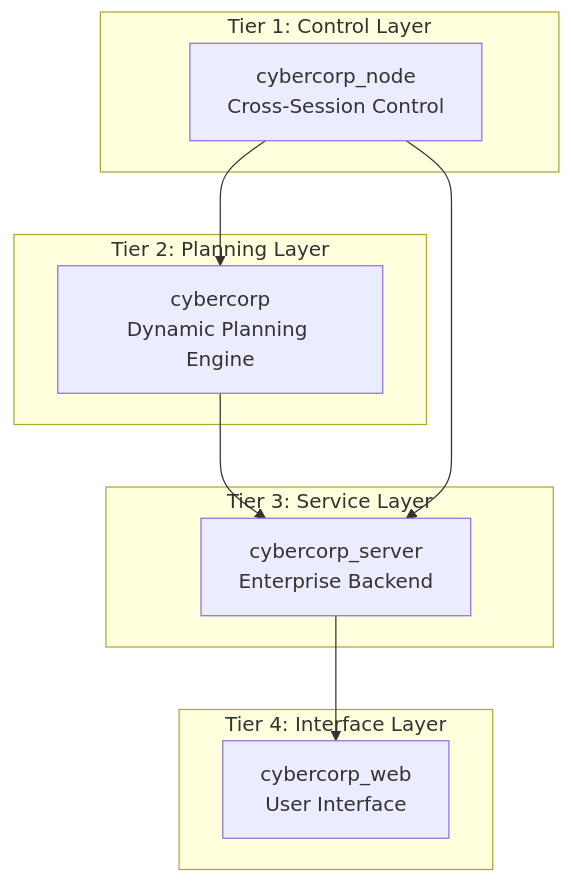
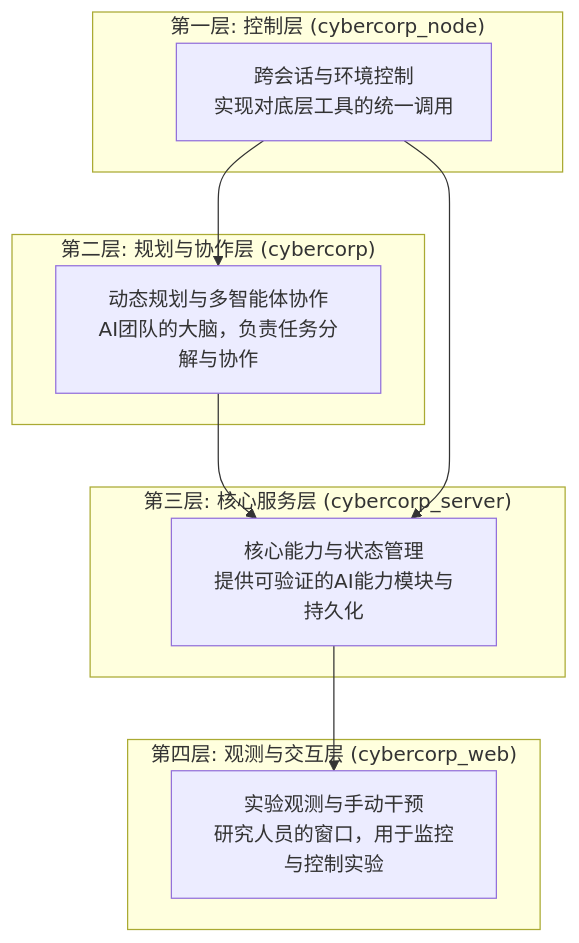
One commit to wanjochan/mathematical-ai-bootstrapping changed the diagram in docs/cybercorp_thinking.md. Above: the diagram before and after it, drawn with Mermaid. The commit also changed other lines of this file and 8 other files, not shown here.

````diff
--- a/docs/cybercorp_thinking.md
+++ b/docs/cybercorp_thinking.md
@@ -35,23 +29,23 @@
 ```mermaid
 graph TB
-    subgraph "Tier 1: Control Layer"
-        A[cybercorp_node<br/>Cross-Session Control]
+    subgraph "第一层: 控制层 (cybercorp_node)"
+        A[跨会话与环境控制<br/>实现对底层工具的统一调用]
     end
     
-    subgraph "Tier 2: Planning Layer"
-        B[cybercorp<br/>Dynamic Planning Engine]
+    subgraph "第二层: 规划与协作层 (cybercorp)"
+        B[动态规划与多智能体协作<br/>AI团队的大脑，负责任务分解与协作]
     end
     
-    subgraph "Tier 3: Service Layer"
-        C[cybercorp_server<br/>Enterprise Backend]
+    subgraph "第三层: 核心服务层 (cybercorp_server)"
+        C[核心能力与状态管理<br/>提供可验证的AI能力模块与持久化]
     end
     
-    subgraph "Tier 4: Interface Layer"
-        D[cybercorp_web<br/>User Interface]
+    subgraph "第四层: 观测与交互层 (cybercorp_web)"
+        D[实验观测与手动干预<br/>研究人员的窗口，用于监控与控制实验]
     end
     
     A --> B
     B --> C
     C --> D
     A --> C
 ```
````
